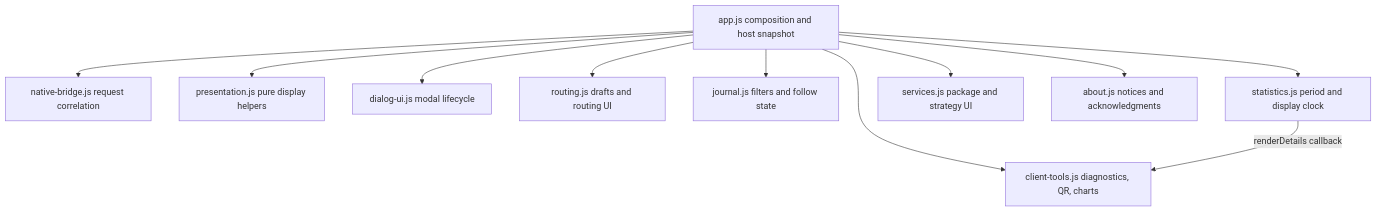
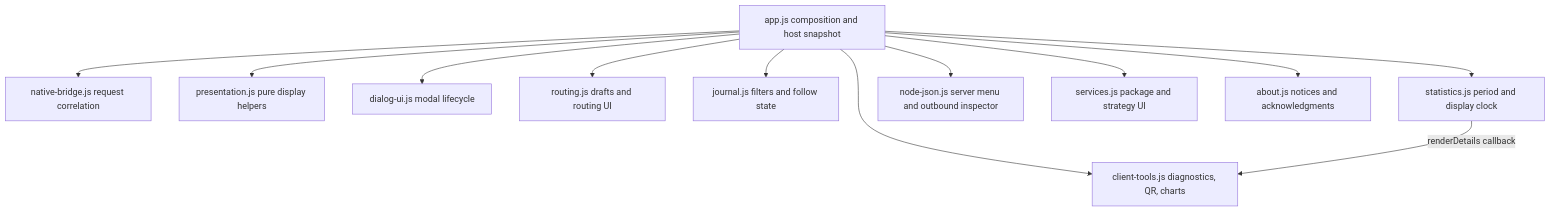
The diagram in docs/UI-ARCHITECTURE.md (prodkot/kot), drawn with Mermaid before and after one commit. The commit also changed other lines of this file and 83 other files, not shown here.

````diff
--- a/docs/UI-ARCHITECTURE.md
+++ b/docs/UI-ARCHITECTURE.md
@@ -7,13 +7,14 @@
 ```mermaid
 flowchart TD
   App[app.js composition and host snapshot] --> Bridge[native-bridge.js request correlation]
   App --> Presentation[presentation.js pure display helpers]
   App --> Dialog[dialog-ui.js modal lifecycle]
   App --> Routing[routing.js drafts and routing UI]
   App --> Journal[journal.js filters and follow state]
   App --> Statistics[statistics.js period and display clock]
+  App --> Json[node-json.js server menu and outbound inspector]
   App --> Tools[client-tools.js diagnostics, QR, charts]
   App --> Services[services.js package and strategy UI]
   App --> About[about.js notices and acknowledgments]
   Statistics -->|renderDetails callback| Tools
 ```
````
